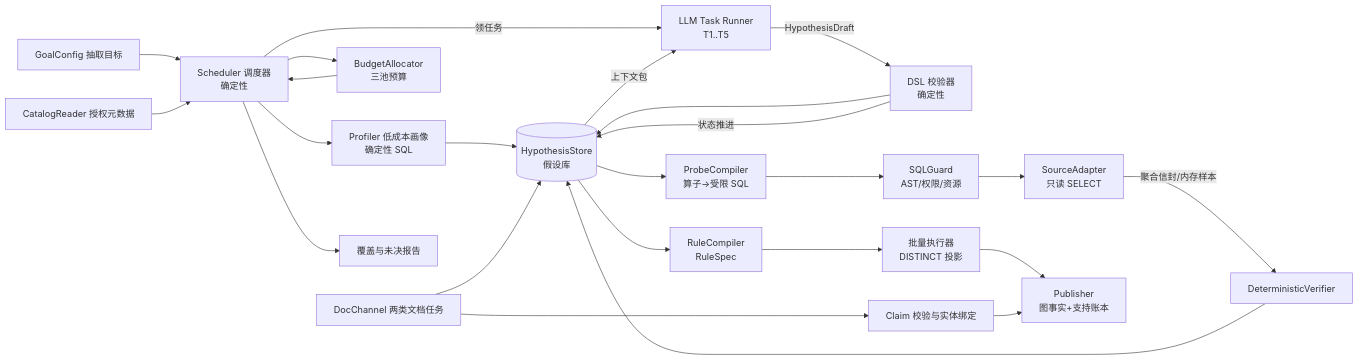
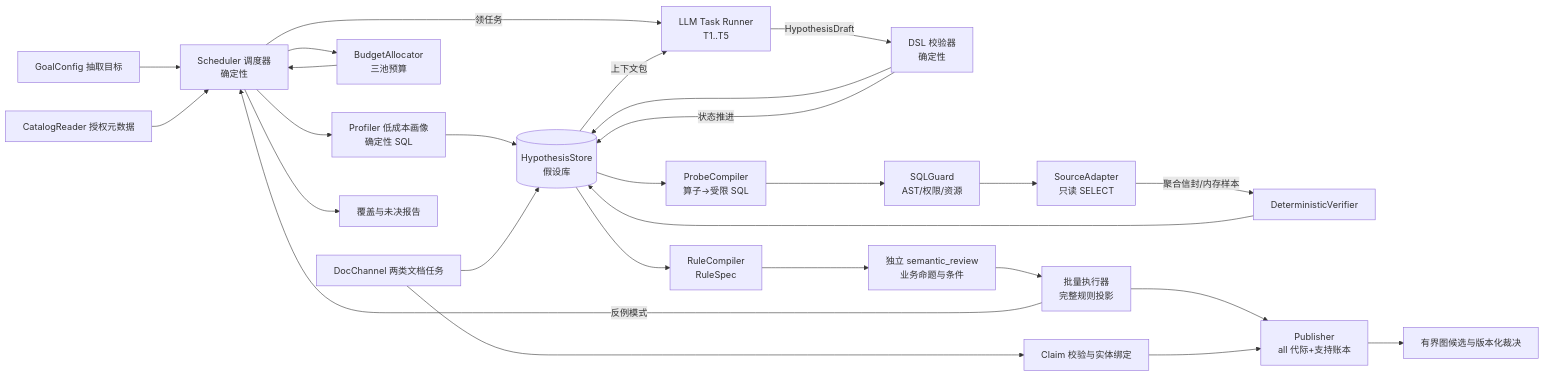
Before and after one commit to zhangtianhong-1998/data-graph: the first of 3 diagrams in design/lightweight_graph/DISCOVERY_WORKFLOW.md, drawn with Mermaid. The commit also changed other lines of this file and 83 other files, not shown here.

Commit message:
实现目标驱动迭代构图并修复语义与发布流程

````diff
--- a/design/lightweight_graph/DISCOVERY_WORKFLOW.md
+++ b/design/lightweight_graph/DISCOVERY_WORKFLOW.md
@@ -56,26 +59,29 @@
 ```mermaid
 flowchart LR
   G[GoalConfig 抽取目标] --> S[Scheduler 调度器<br/>确定性]
   C[CatalogReader 授权元数据] --> S
   S --> P[Profiler 低成本画像<br/>确定性 SQL]
   P --> H[(HypothesisStore<br/>假设库)]
   S --> B[BudgetAllocator<br/>三池预算]
   B --> S
   S -->|领任务| L[LLM Task Runner<br/>T1..T5]
   H -->|上下文包| L
   L -->|HypothesisDraft| V[DSL 校验器<br/>确定性]
   V --> H
   H --> Q[ProbeCompiler<br/>算子→受限 SQL]
   Q --> A[SQLGuard<br/>AST/权限/资源]
   A --> E[SourceAdapter<br/>只读 SELECT]
   E -->|聚合信封/内存样本| Vv[DeterministicVerifier]
   Vv --> H
   V -->|状态推进| H
   H --> R[RuleCompiler<br/>RuleSpec]
-  R --> X[批量执行器<br/>DISTINCT 投影]
-  X --> Pub[Publisher<br/>图事实+支持账本]
+  R --> Sr[独立 semantic_review<br/>业务命题与条件]
+  Sr --> X[批量执行器<br/>完整规则投影]
+  X -->|反例模式| S
+  X --> Pub[Publisher<br/>all 代际+支持账本]
+  Pub --> Gr[有界图候选与版本化裁决]
   D[DocChannel 两类文档任务] --> H
   D --> Cv[Claim 校验与实体绑定]
   Cv --> Pub
   S --> Rep[覆盖与未决报告]
 ```
````
